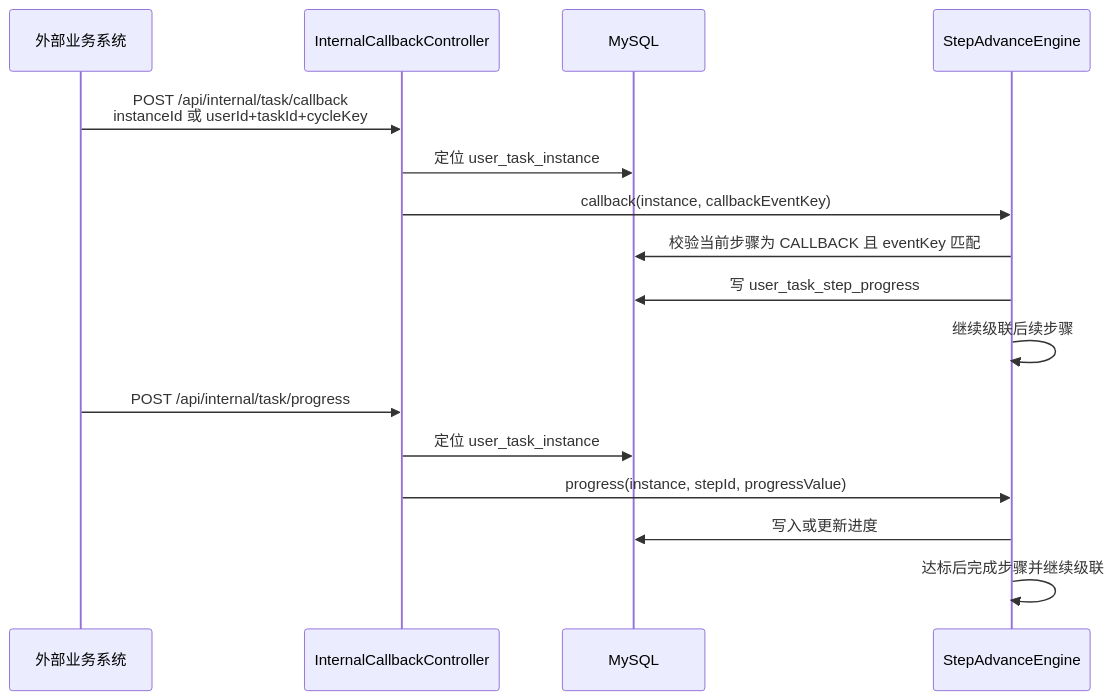
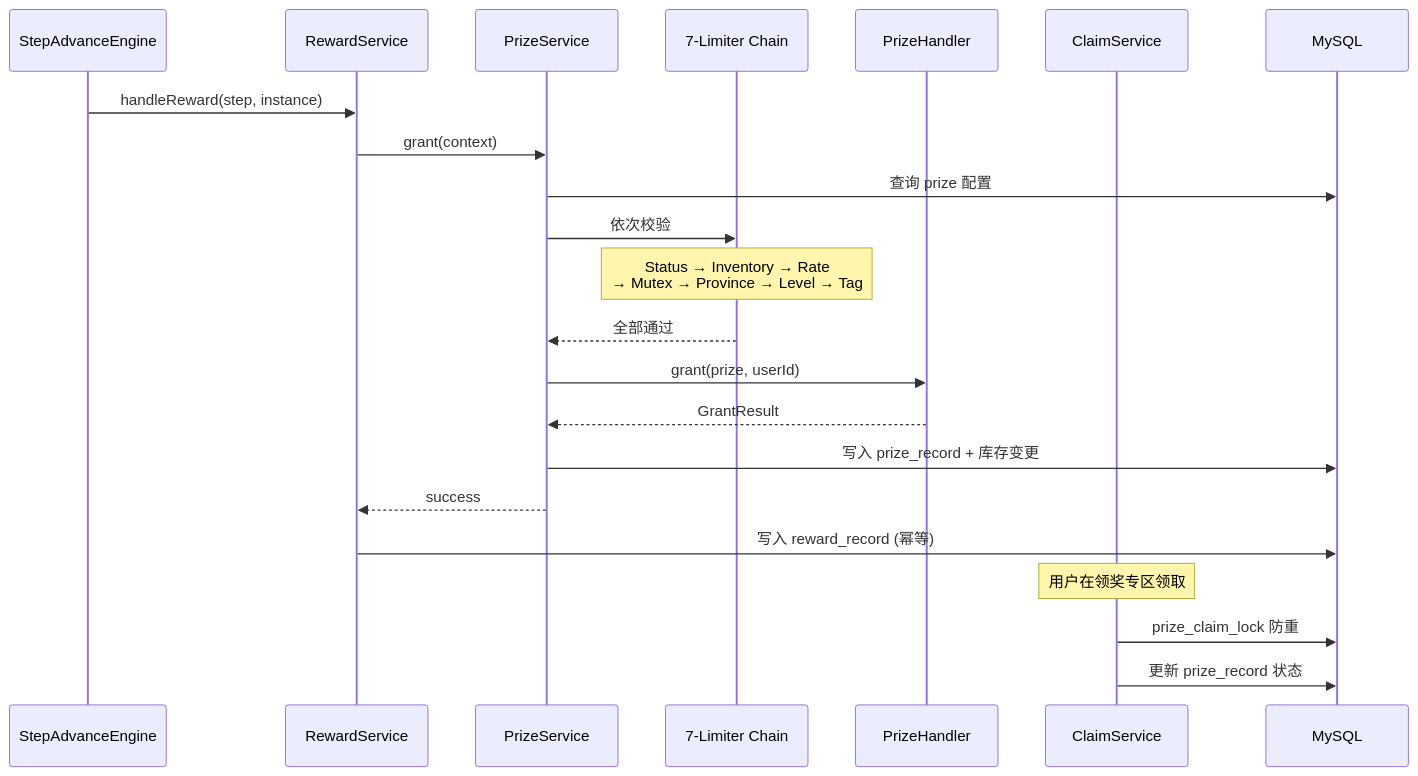
The eighth of 11 diagrams in docs/architecture.md (xuankuxiaohui/marketing-task-platform), drawn with Mermaid before and after one commit. The commit also changed other lines of this file and 7 other files, not shown here.

First line of the commit message:
docs: update architecture doc and add v0.5.0/v0.5.1 spec

````diff
--- a/docs/architecture.md
+++ b/docs/architecture.md
@@ -195,20 +452,26 @@
 ```mermaid
 sequenceDiagram
-    participant Biz as 外部业务系统
-    participant Internal as InternalCallbackController
+    participant Engine as StepAdvanceEngine
+    participant Reward as RewardService
+    participant Prize as PrizeService
+    participant Limiters as 7-Limiter Chain
+    participant Handler as PrizeHandler
+    participant Claim as ClaimService
     participant DB as MySQL
-    participant Engine as StepAdvanceEngine
 
-    Biz->>Internal: POST /api/internal/task/callback<br/>instanceId 或 userId+taskId+cycleKey
-    Internal->>DB: 定位 user_task_instance
-    Internal->>Engine: callback(instance, callbackEventKey)
-    Engine->>DB: 校验当前步骤为 CALLBACK 且 eventKey 匹配
-    Engine->>DB: 写 user_task_step_progress
-    Engine->>Engine: 继续级联后续步骤
+    Engine->>Reward: handleReward(step, instance)
+    Reward->>Prize: grant(context)
+    Prize->>DB: 查询 prize 配置
+    Prize->>Limiters: 依次校验
+    Note over Limiters: Status → Inventory → Rate<br/>→ Mutex → Province → Level → Tag
+    Limiters-->>Prize: 全部通过
+    Prize->>Handler: grant(prize, userId)
+    Handler-->>Prize: GrantResult
+    Prize->>DB: 写入 prize_record + 库存变更
+    Prize-->>Reward: success
+    Reward->>DB: 写入 reward_record (幂等)
 
-    Biz->>Internal: POST /api/internal/task/progress
-    Internal->>DB: 定位 user_task_instance
-    Internal->>Engine: progress(instance, stepId, progressValue)
-    Engine->>DB: 写入或更新进度
-    Engine->>Engine: 达标后完成步骤并继续级联
+    Note over Claim: 用户在领奖专区领取
+    Claim->>DB: prize_claim_lock 防重
+    Claim->>DB: 更新 prize_record 状态
 ```
````
